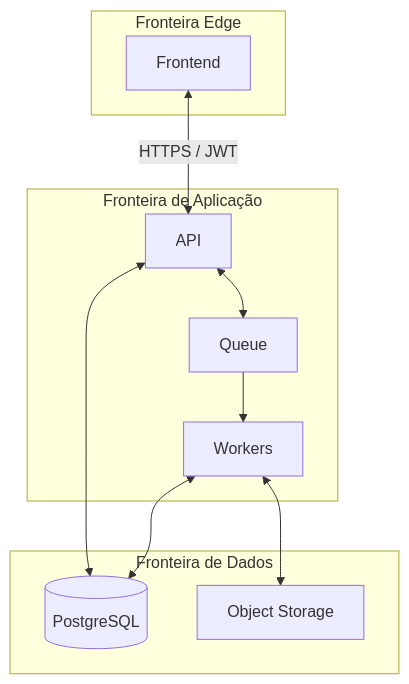
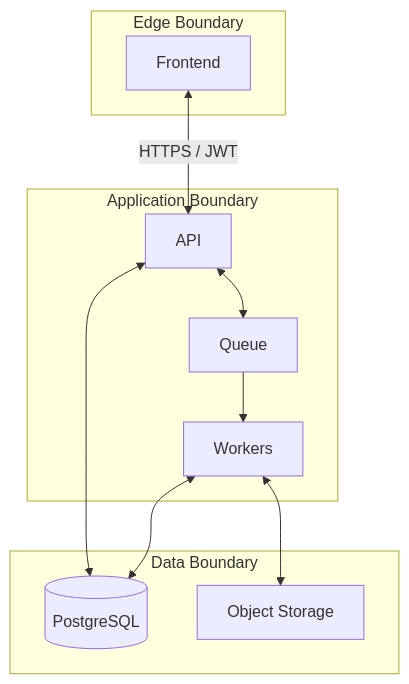
The second of 8 diagrams in docs/ARCHITECTURE.md (alissonf216/licitech-architecture-showcase), drawn with Mermaid before and after one commit. The commit also changed other lines of this file and 36 other files, not shown here.

First line of the commit message:
Add Licitech architecture portfolio (EN + PT-BR)

````diff
--- a/docs/ARCHITECTURE.md
+++ b/docs/ARCHITECTURE.md
@@ -46,22 +48,22 @@
 ```mermaid
 graph TB
-    subgraph Edge["Fronteira Edge"]
+    subgraph Edge["Edge Boundary"]
         FE[Frontend]
     end
-    subgraph App["Fronteira de Aplicação"]
+    subgraph App["Application Boundary"]
         API[API]
         W[Workers]
         Q[Queue]
     end
-    subgraph Data["Fronteira de Dados"]
+    subgraph Data["Data Boundary"]
         DB[(PostgreSQL)]
         OBJ[Object Storage]
     end
 
     FE <-->|HTTPS / JWT| API
     API <--> Q
     Q --> W
     API <--> DB
     W <--> DB
     W <--> OBJ
 ```
````
